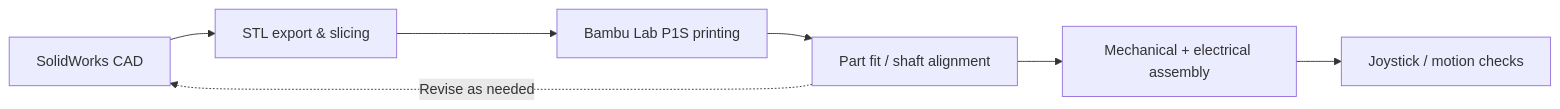
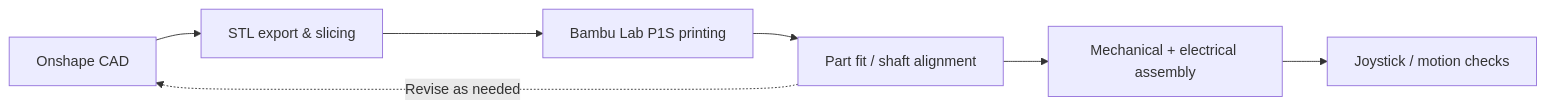
One commit to CTK9876/3D-Printed-Robotic-Arm changed the second of 2 diagrams in README.md. Above: the diagram before and after it, drawn with Mermaid. The commit also changed other lines of this file and 16 other files, not shown here.

Commit message:
Document the Onshape CAD assembly

````diff
--- a/README.md
+++ b/README.md
@@ -176,9 +189,9 @@
 ```mermaid
 flowchart LR
-    A["SolidWorks CAD"] --> B["STL export & slicing"]
+    A["Onshape CAD"] --> B["STL export & slicing"]
     B --> C["Bambu Lab P1S printing"]
     C --> D["Part fit / shaft alignment"]
     D --> E["Mechanical + electrical assembly"]
     D -. "Revise as needed" .-> A
     E --> F["Joystick / motion checks"]
 ```
````
